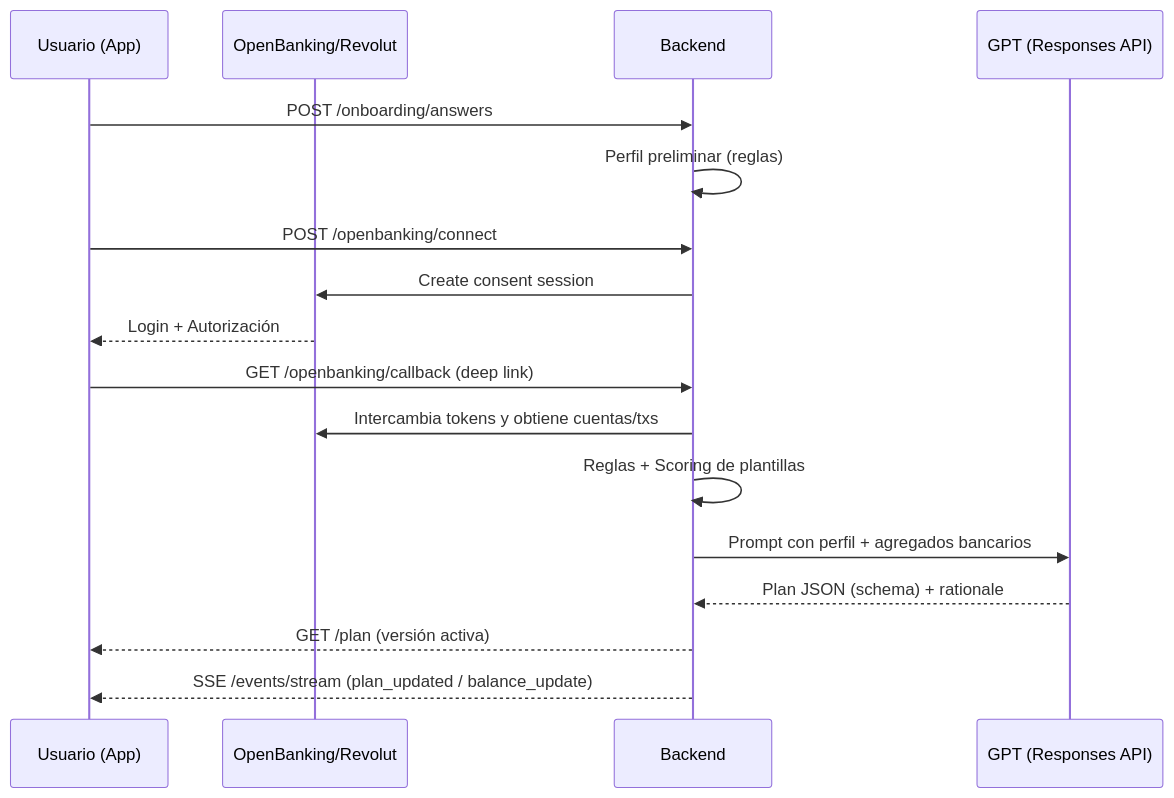
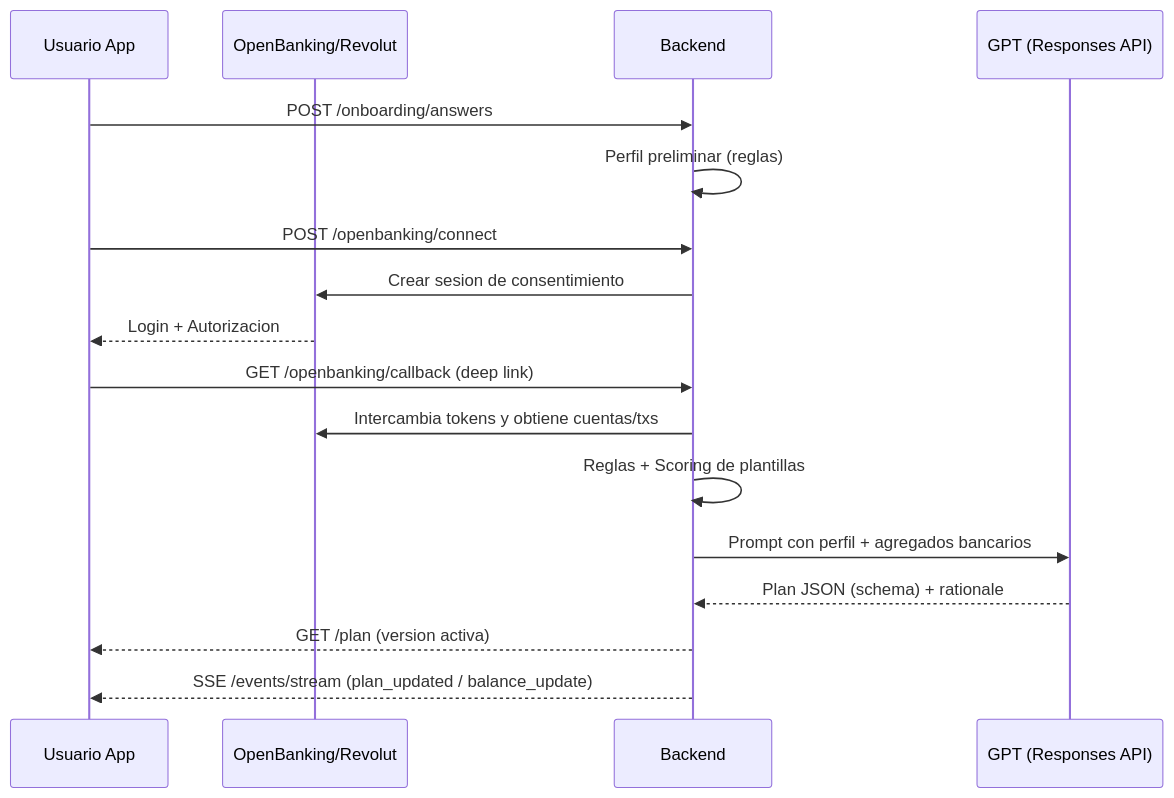
Before and after one commit to andresg01/Revplan: the second of 2 diagrams in README.md, drawn with Mermaid. The commit also changed other lines of this file, not shown here.

Commit message:
🛠️ docs: fix Mermaid rendering and update deep link to revplan://

````diff
--- a/README.md
+++ b/README.md
@@ -78,20 +86,20 @@
 ```mermaid
 sequenceDiagram
-  participant U as Usuario (App)
+  participant U as Usuario App
   participant OB as OpenBanking/Revolut
   participant API as Backend
   participant LLM as GPT (Responses API)
 
   U->>API: POST /onboarding/answers
   API->>API: Perfil preliminar (reglas)
   U->>API: POST /openbanking/connect
-  API->>OB: Create consent session
-  OB-->>U: Login + Autorización
+  API->>OB: Crear sesion de consentimiento
+  OB-->>U: Login + Autorizacion
   U->>API: GET /openbanking/callback (deep link)
   API->>OB: Intercambia tokens y obtiene cuentas/txs
   API->>API: Reglas + Scoring de plantillas
   API->>LLM: Prompt con perfil + agregados bancarios
   LLM-->>API: Plan JSON (schema) + rationale
-  API-->>U: GET /plan (versión activa)
+  API-->>U: GET /plan (version activa)
   API-->>U: SSE /events/stream (plan_updated / balance_update)
 ```
````
